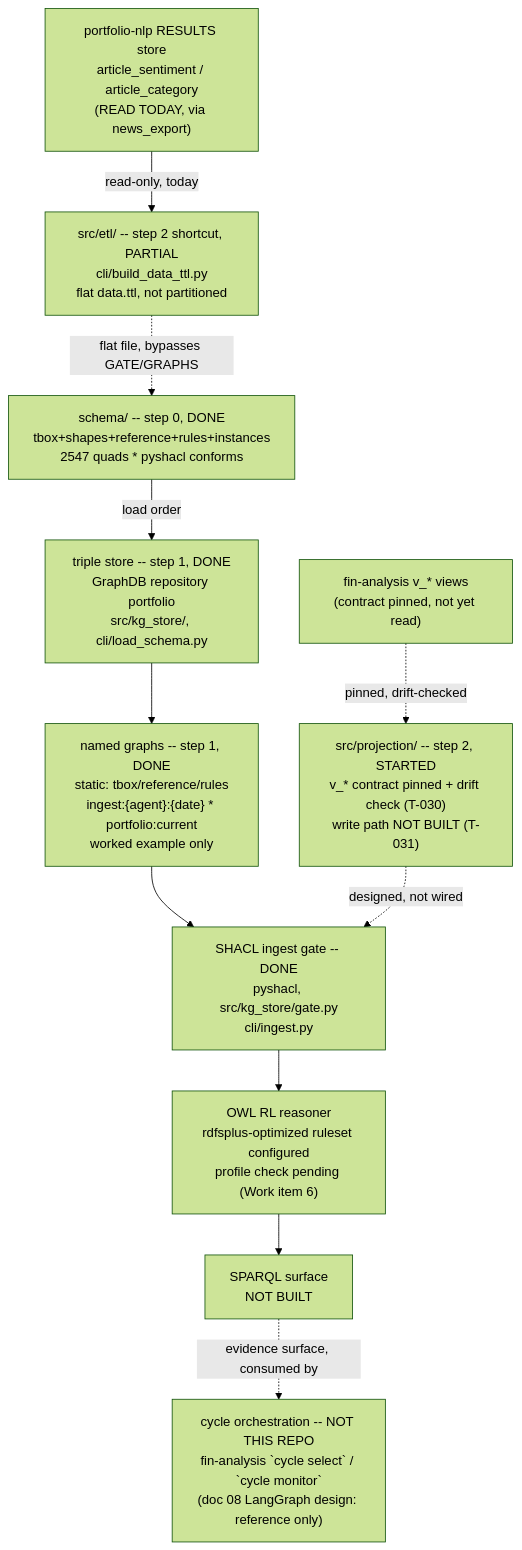
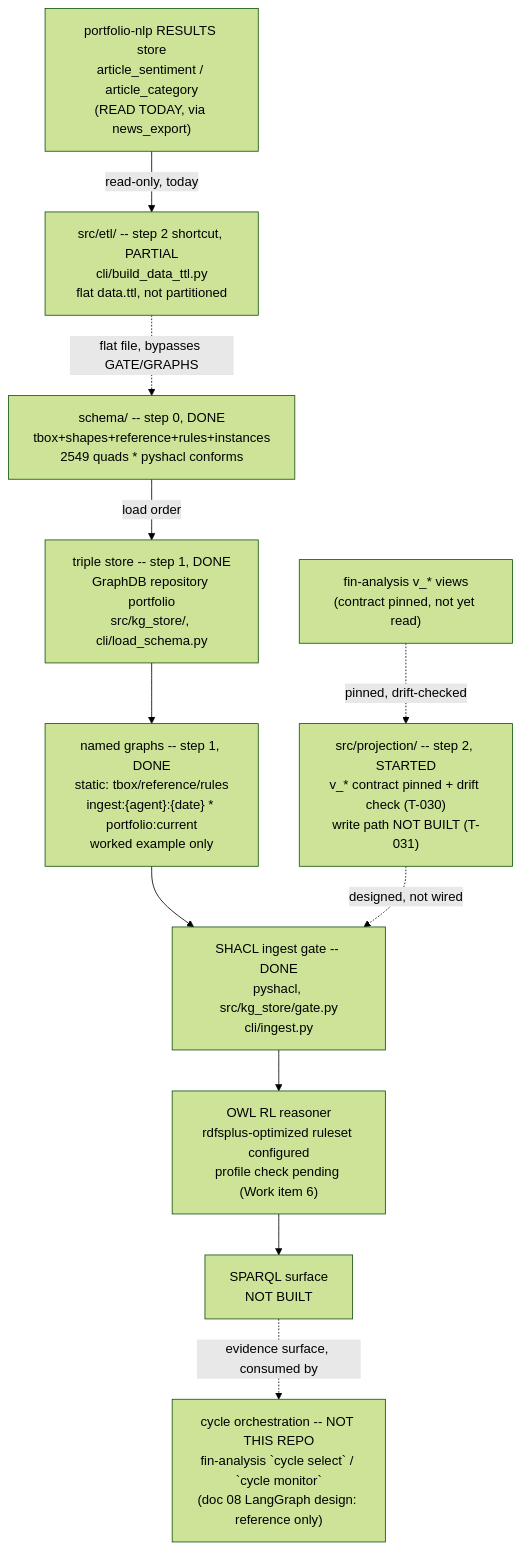
The diagram in .specify/memory/SPEC.md (gamug/portfolio-knowledge-graph), drawn with Mermaid (forest theme) before and after one commit. The commit also changed other lines of this file and 7 other files, not shown here.

Commit message:
feat(schema): bound FUNDAMENTAL's rawValue to [0, 100], upstream's answer to Q6 (T-177)

````diff
--- a/.specify/memory/SPEC.md
+++ b/.specify/memory/SPEC.md
@@ -564,22 +564,22 @@
 ```mermaid
 flowchart TB
-    SCHEMA["schema/ -- step 0, DONE<br/>tbox+shapes+reference+rules+instances<br/>2547 quads * pyshacl conforms"]
+    SCHEMA["schema/ -- step 0, DONE<br/>tbox+shapes+reference+rules+instances<br/>2549 quads * pyshacl conforms"]
     STORE["triple store -- step 1, DONE<br/>GraphDB repository portfolio<br/>src/kg_store/, cli/load_schema.py"]
     GRAPHS["named graphs -- step 1, DONE<br/>static: tbox/reference/rules<br/>ingest:{agent}:{date} * portfolio:current<br/>worked example only"]
     GATE["SHACL ingest gate -- DONE<br/>pyshacl, src/kg_store/gate.py<br/>cli/ingest.py"]
     PROJ["src/projection/ -- step 2, STARTED<br/>v_* contract pinned + drift check (T-030)<br/>write path NOT BUILT (T-031)"]
     FIN["fin-analysis v_* views<br/>(contract pinned, not yet read)"]
     NLPRES["portfolio-nlp RESULTS store<br/>article_sentiment / article_category<br/>(READ TODAY, via news_export)"]
     ETL["src/etl/ -- step 2 shortcut, PARTIAL<br/>cli/build_data_ttl.py<br/>flat data.ttl, not partitioned"]
     REASON["OWL RL reasoner<br/>rdfsplus-optimized ruleset configured<br/>profile check pending (Work item 6)"]
     SPARQL["SPARQL surface<br/>NOT BUILT"]
     AGENTS["cycle orchestration -- NOT THIS REPO<br/>fin-analysis `cycle select` / `cycle monitor`<br/>(doc 08 LangGraph design: reference only)"]
 
     SCHEMA -->|load order| STORE --> GRAPHS --> GATE
     FIN -.->|pinned, drift-checked| PROJ
     PROJ -.->|designed, not wired| GATE
     NLPRES -->|read-only, today| ETL
     ETL -.->|flat file, bypasses GATE/GRAPHS| SCHEMA
     GATE --> REASON --> SPARQL
     SPARQL -.->|evidence surface, consumed by| AGENTS
 ```
````
